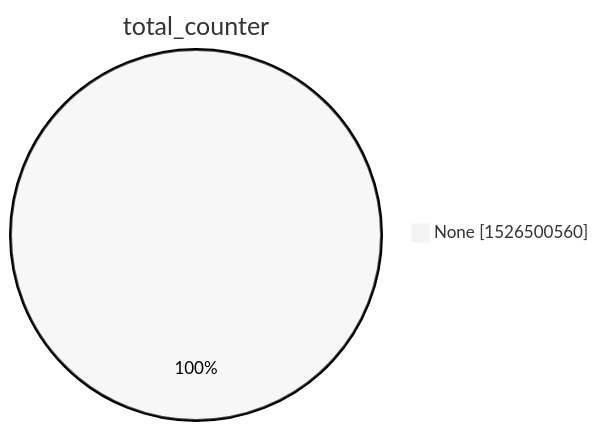
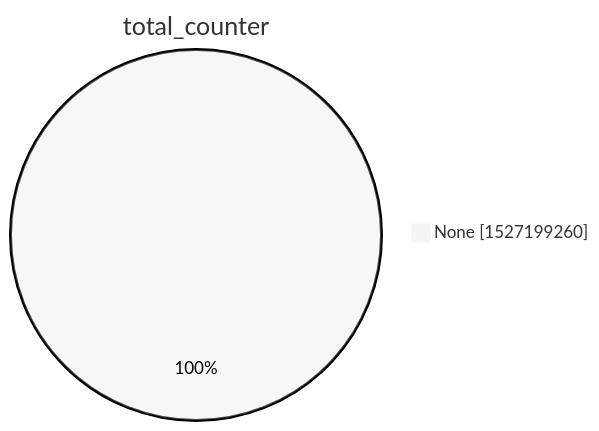
Before and after one commit to christiankrug/ctmonitor_visualization: the second of 15 diagrams in xenon2022/README.md, drawn with Mermaid (neutral theme). The commit also changed other lines of this file, not shown here.

````diff
--- a/xenon2022/README.md
+++ b/xenon2022/README.md
@@ -9,5 +9,5 @@
 ```mermaid
 pie showData
 title total_counter
-"None" :1526500560
+"None" :1527199260
 ```
````
